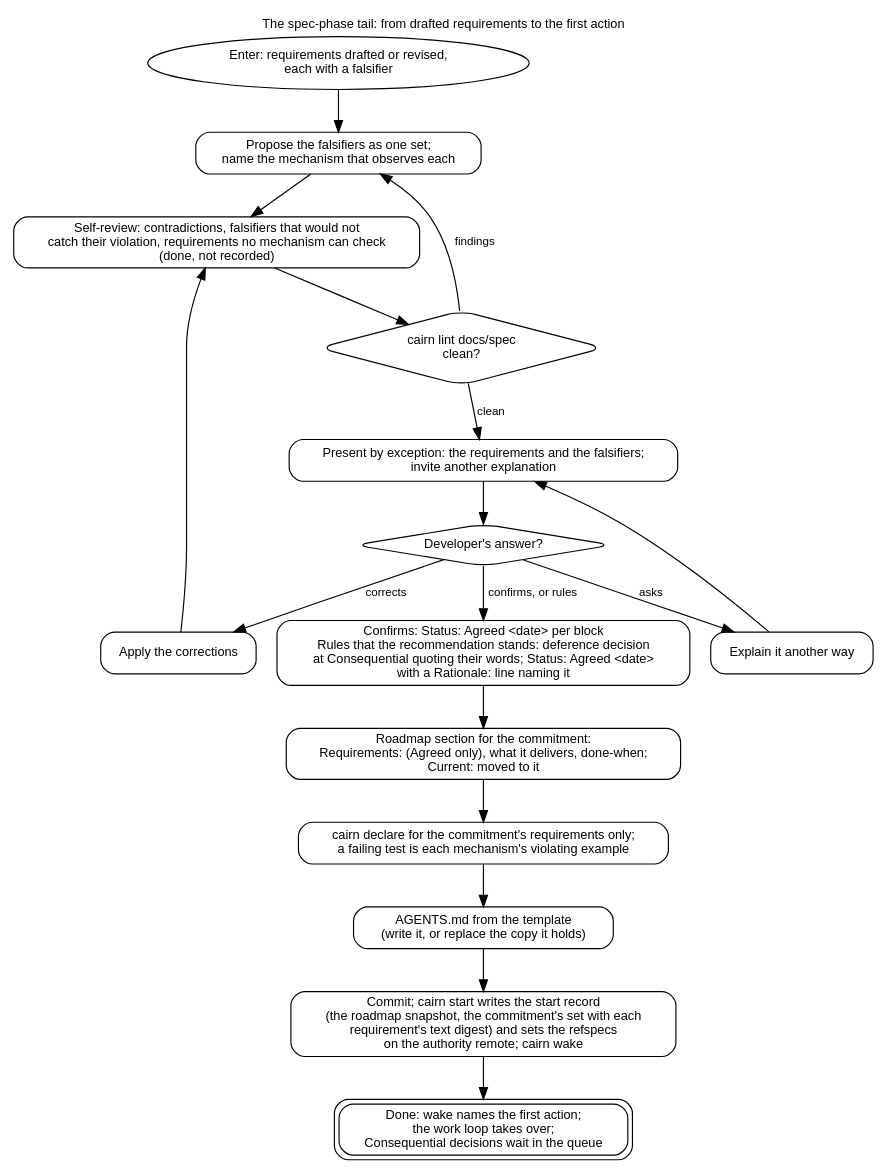
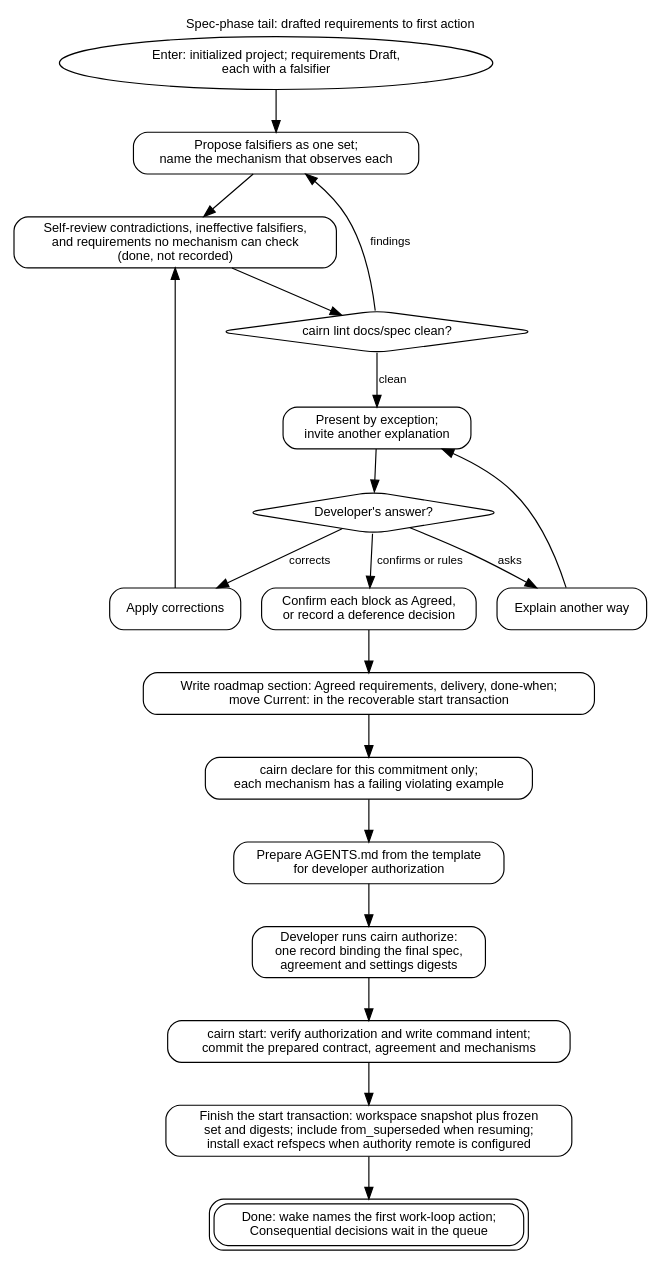
The diagram in docs/diagrams/spec-phase.dot (eas4ai/cairn), drawn with Graphviz before and after one commit. The commit also changed 13 other files, not shown here.

```diff
--- a/docs/diagrams/spec-phase.dot
+++ b/docs/diagrams/spec-phase.dot
@@ -1,33 +1,35 @@
-// The spec-phase tail: shared by new-project, existing-project and next-feature. Defined once.
+// Shared tail for new-project, existing-project and next-feature.
 digraph spec_phase {
   rankdir=TB;
-  graph [fontname="Helvetica", fontsize=11, labelloc=t, label="The spec-phase tail: from drafted requirements to the first action"];
+  graph [fontname="Helvetica", fontsize=11, labelloc=t, label="Spec-phase tail: drafted requirements to first action"];
   node  [shape=box, style=rounded, fontname="Helvetica", fontsize=11];
   edge  [fontname="Helvetica", fontsize=10];
 
-  start [shape=oval, label="Enter: requirements drafted or revised,\neach with a falsifier"];
-  falsifiers [label="Propose the falsifiers as one set;\nname the mechanism that observes each"];
-  review [label="Self-review: contradictions, falsifiers that would not\ncatch their violation, requirements no mechanism can check\n(done, not recorded)"];
-  lint [shape=diamond, label="cairn lint docs/spec\nclean?"];
-  present [label="Present by exception: the requirements and the falsifiers;\ninvite another explanation"];
+  start [shape=oval, label="Enter: initialized project; requirements Draft,\neach with a falsifier"];
+  falsifiers [label="Propose falsifiers as one set;\nname the mechanism that observes each"];
+  review [label="Self-review contradictions, ineffective falsifiers,\nand requirements no mechanism can check\n(done, not recorded)"];
+  lint [shape=diamond, label="cairn lint docs/spec clean?"];
+  present [label="Present by exception;\ninvite another explanation"];
   outcome [shape=diamond, label="Developer's answer?"];
-  explain [label="Explain it another way"];
-  correct [label="Apply the corrections"];
-  agreed [label="Confirms: Status: Agreed <date> per block\nRules that the recommendation stands: deference decision\nat Consequential quoting their words; Status: Agreed <date>\nwith a Rationale: line naming it"];
-  commitment [label="Roadmap section for the commitment:\nRequirements: (Agreed only), what it delivers, done-when;\nCurrent: moved to it"];
-  declare [label="cairn declare for the commitment's requirements only;\na failing test is each mechanism's violating example"];
-  agreement [label="AGENTS.md from the template\n(write it, or replace the copy it holds)"];
-  commit [label="Commit; cairn start writes the start record\n(the roadmap snapshot, the commitment's set with each\nrequirement's text digest) and sets the refspecs\non the authority remote; cairn wake"];
-  done [shape=box, peripheries=2, label="Done: wake names the first action;\nthe work loop takes over;\nConsequential decisions wait in the queue"];
+  explain [label="Explain another way"];
+  correct [label="Apply corrections"];
+  agreed [label="Confirm each block as Agreed,\nor record a deference decision"];
+  commitment [label="Write roadmap section: Agreed requirements, delivery, done-when;\nmove Current: in the recoverable start transaction"];
+  declare [label="cairn declare for this commitment only;\neach mechanism has a failing violating example"];
+  agreement [label="Prepare AGENTS.md from the template\nfor developer authorization"];
+  authorize [label="Developer runs cairn authorize:\none record binding the final spec,\nagreement and settings digests"];
+  startintent [label="cairn start: verify authorization and write command intent;\ncommit the prepared contract, agreement and mechanisms"];
+  startrec [label="Finish the start transaction: workspace snapshot plus frozen\nset and digests; include from_superseded when resuming;\ninstall exact refspecs when authority remote is configured"];
+  done [shape=box, peripheries=2, label="Done: wake names the first work-loop action;\nConsequential decisions wait in the queue"];
 
   start -> falsifiers -> review -> lint;
   lint -> falsifiers [label="findings"];
   lint -> present [label="clean"];
   present -> outcome;
   outcome -> explain [label="asks"];
   explain -> present;
   outcome -> correct [label="corrects"];
   correct -> review;
-  outcome -> agreed [label="confirms, or rules"];
-  agreed -> commitment -> declare -> agreement -> commit -> done;
+  outcome -> agreed [label="confirms or rules"];
+  agreed -> commitment -> declare -> agreement -> authorize -> startintent -> startrec -> done;
 }
```
